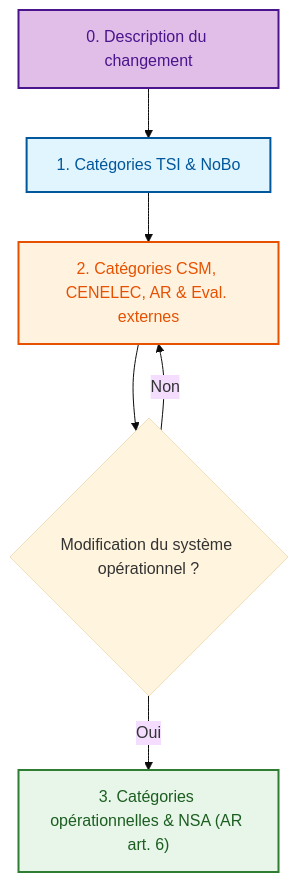
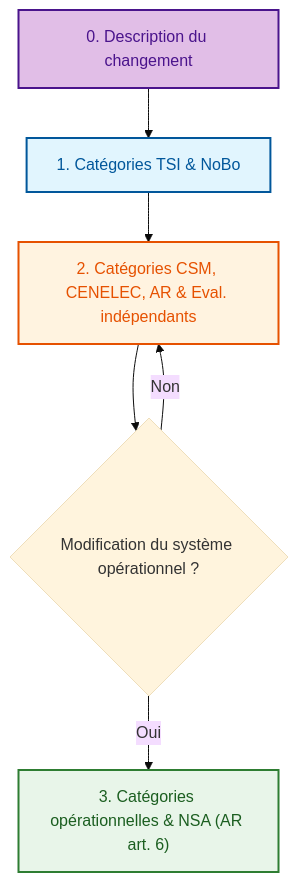
One commit to e-baron/rail changed the first of 5 diagrams in diagrams/evaluationCategories.md. Above: the diagram before and after it, drawn with Mermaid (base theme). The commit also changed other lines of this file, not shown here.

Commit message:
docs: update eval independent

````diff
--- a/diagrams/evaluationCategories.md
+++ b/diagrams/evaluationCategories.md
@@ -5,25 +5,25 @@
 ```mermaid
 flowchart TB
     %% Noeuds principaux
     ID_DESC[0. Description du changement]
     ID_TSI[1. Catégories TSI & NoBo]
-    ID_CSM[2. Catégories CSM, CENELEC, AR & Eval. externes]
+    ID_CSM[2. Catégories CSM, CENELEC, AR & Eval. indépendants]
     ID_OPE["3. Catégories opérationnelles & NSA (AR art. 6)"]
     style ID_DESC fill:#e1bee7,stroke:#4a148c,stroke-width:2px,color:#4a148c
     style ID_TSI fill:#e1f5fe,stroke:#01579b,stroke-width:2px,color:#01579b
     style ID_CSM fill:#fff3e0,stroke:#e65100,stroke-width:2px,color:#e65100
     style ID_OPE fill:#e8f5e9,stroke:#2e7d32,stroke-width:2px,color:#1b5e20
 
     %% Flux principal
     ID_DESC --> ID_TSI
     ID_TSI --> ID_CSM
     ID_CSM --> Q_OPE{Modification du système opérationnel ?}
     Q_OPE -->|Oui| ID_OPE
     Q_OPE -->|Non| ID_CSM
 
     %% Interactions (ancres internes)
     click ID_DESC href "#0-desc" "Voir le détail Description"
     click ID_TSI href "#1-tsi" "Voir le détail TSI"
     click ID_CSM href "#2-csm-cen" "Voir le détail CSM/CEN/AR"
     click ID_OPE href "#3-ope" "Voir le détail Opérationnel (AR art. 6)"
 ```
````
